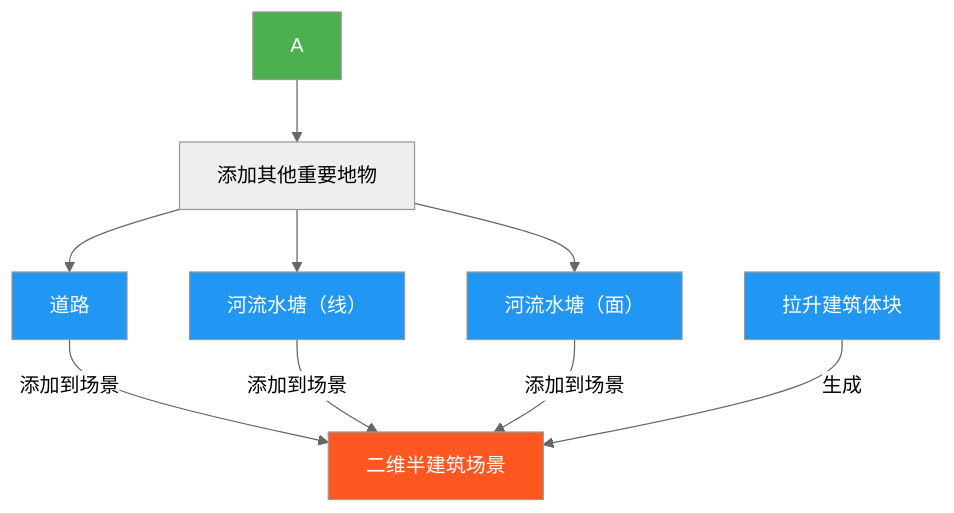
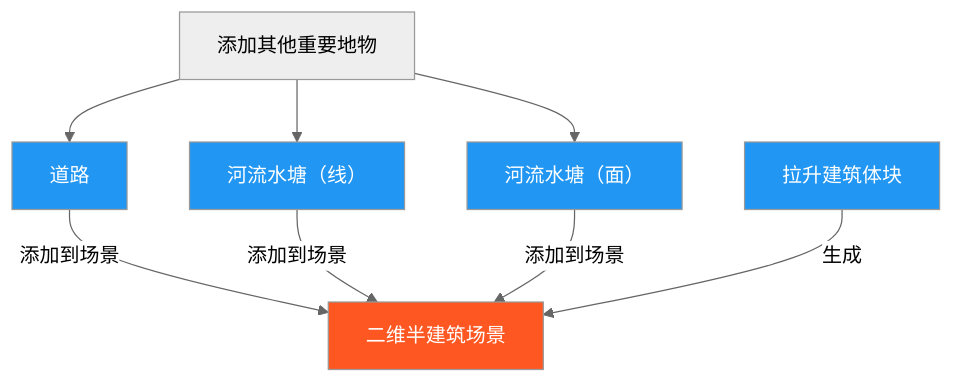
One commit to newguser/iodraw-files changed the diagram in all/未命名.md. Above: the diagram before and after it, drawn with Mermaid (neutral theme).

Commit message:
2025-02-27 21:52:24 update

````diff
--- a/all/未命名.md
+++ b/all/未命名.md
@@ -1,19 +1,19 @@
 ```mermaid
 graph TD
    B[拉升建筑体块]
-    A --> C[添加其他重要地物]
+ C[添加其他重要地物]
 C[添加其他重要地物]-->C1[道路]
 C[添加其他重要地物]-->C2[河流水塘（线）]
 C[添加其他重要地物]-->C3[河流水塘（面）]
         C1[道路] -->|添加到场景| D[二维半建筑场景]
         C2[河流水塘（线）] -->|添加到场景| D
         C3[河流水塘（面）] -->|添加到场景| D
 
 
     B -->|生成| D[二维半建筑场景]
 
-    style A fill:#4CAF50,color:white
+
     style D fill:#FF5722,color:white
     classDef process fill:#2196F3,color:white;
     class B,C1,C2,C3 process
 ```
````
